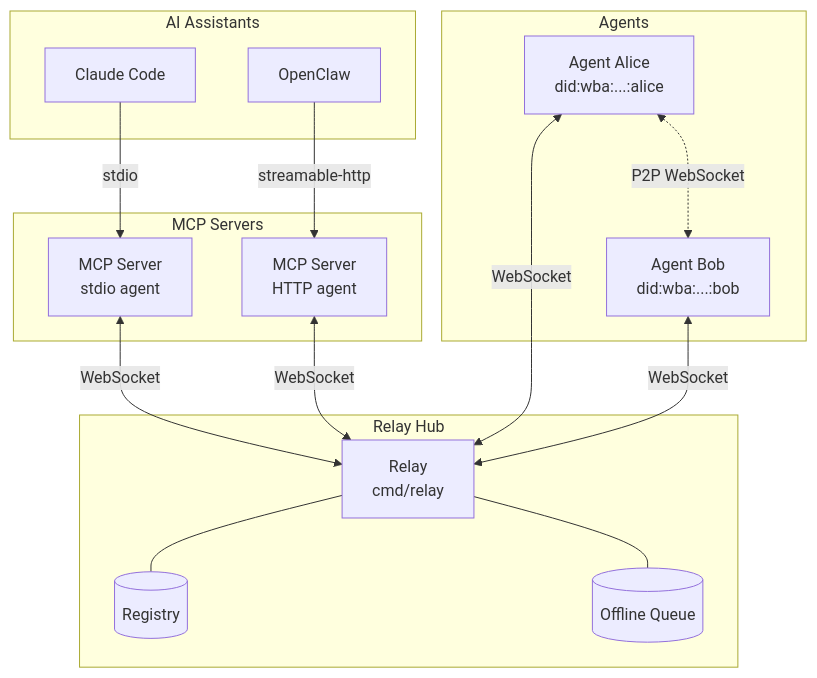
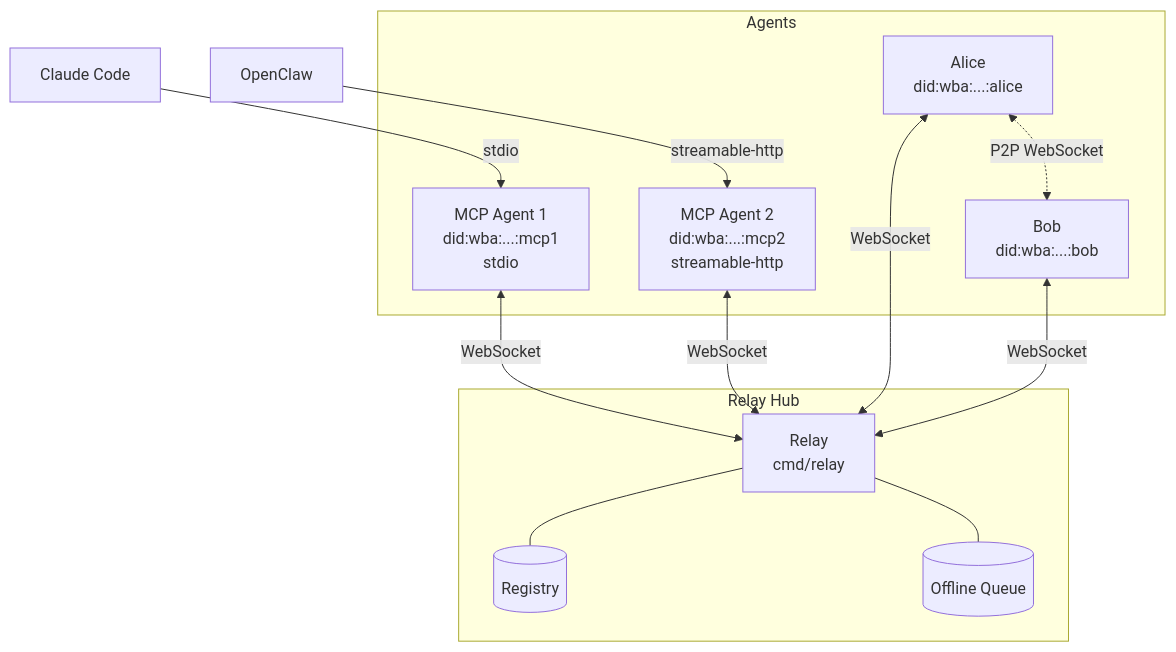
One commit to gianlucamazza/msg2agent changed the diagram in README.md. Above: the diagram before and after it, drawn with Mermaid.

Commit message:
docs: unify MCP servers and agents in architecture diagram
MCP servers are agents (same pkg/agent.Agent, same DID), so group
them in a single "Agents" subgraph instead of separating them.
AI assistants shown as external consumers.

````diff
--- a/README.md
+++ b/README.md
@@ -16,33 +16,26 @@
 ```mermaid
 flowchart TB
-    subgraph AI Assistants
-        CC[Claude Code]
-        OC[OpenClaw]
-    end
-
-    subgraph MCP Servers
-        MCP1[MCP Server<br/>stdio agent]
-        MCP2[MCP Server<br/>HTTP agent]
-    end
-
     subgraph Relay Hub
         R[Relay<br/>cmd/relay]
         REG[(Registry)]
         Q[(Offline Queue)]
+        R --- REG
+        R --- Q
     end
 
     subgraph Agents
-        A[Agent Alice<br/>did:wba:...:alice]
-        B[Agent Bob<br/>did:wba:...:bob]
+        A[Alice<br/>did:wba:...:alice]
+        B[Bob<br/>did:wba:...:bob]
+        MCP1[MCP Agent 1<br/>did:wba:...:mcp1<br/>stdio]
+        MCP2[MCP Agent 2<br/>did:wba:...:mcp2<br/>streamable-http]
     end
 
-    CC -->|stdio| MCP1
-    OC -->|streamable-http| MCP2
+    CC[Claude Code] -->|stdio| MCP1
+    OC[OpenClaw] -->|streamable-http| MCP2
+
     MCP1 <-->|WebSocket| R
     MCP2 <-->|WebSocket| R
     A <-->|WebSocket| R
     B <-->|WebSocket| R
     A <-.->|P2P WebSocket| B
-    R --- REG
-    R --- Q
 ```
````
